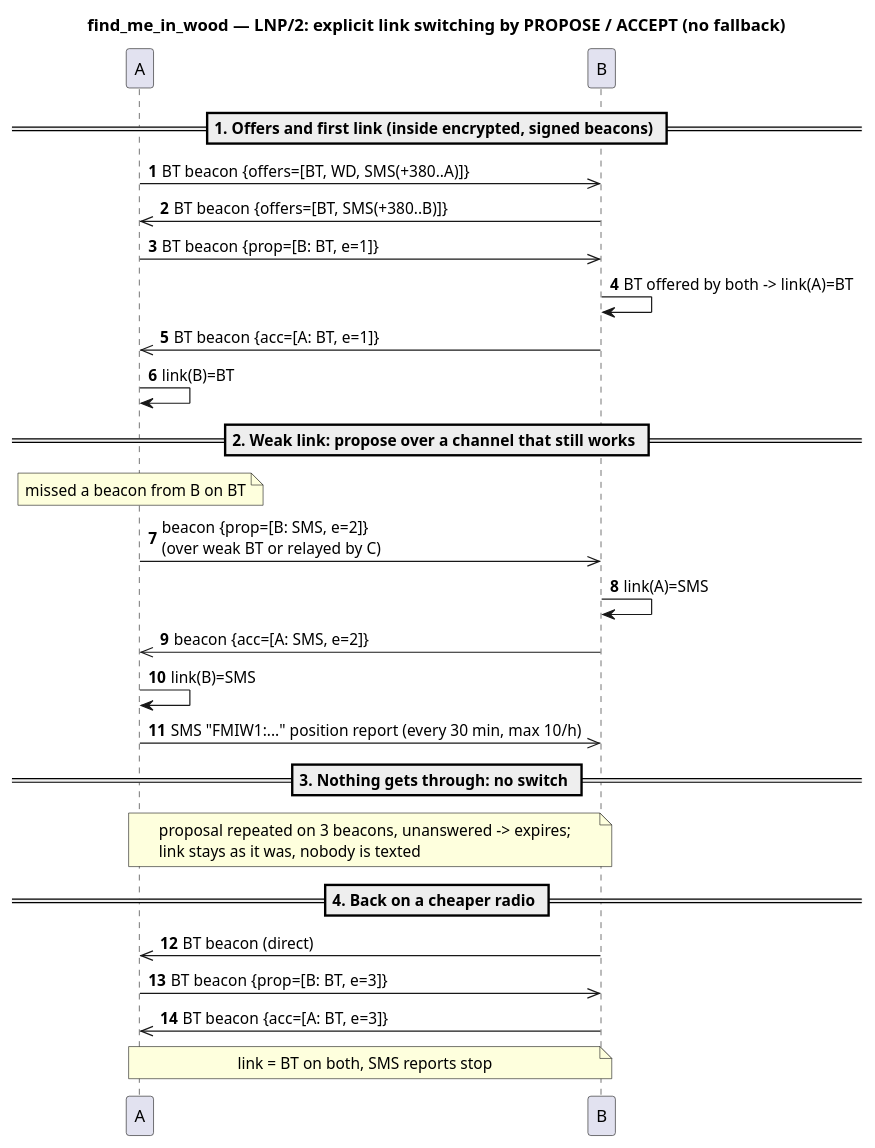
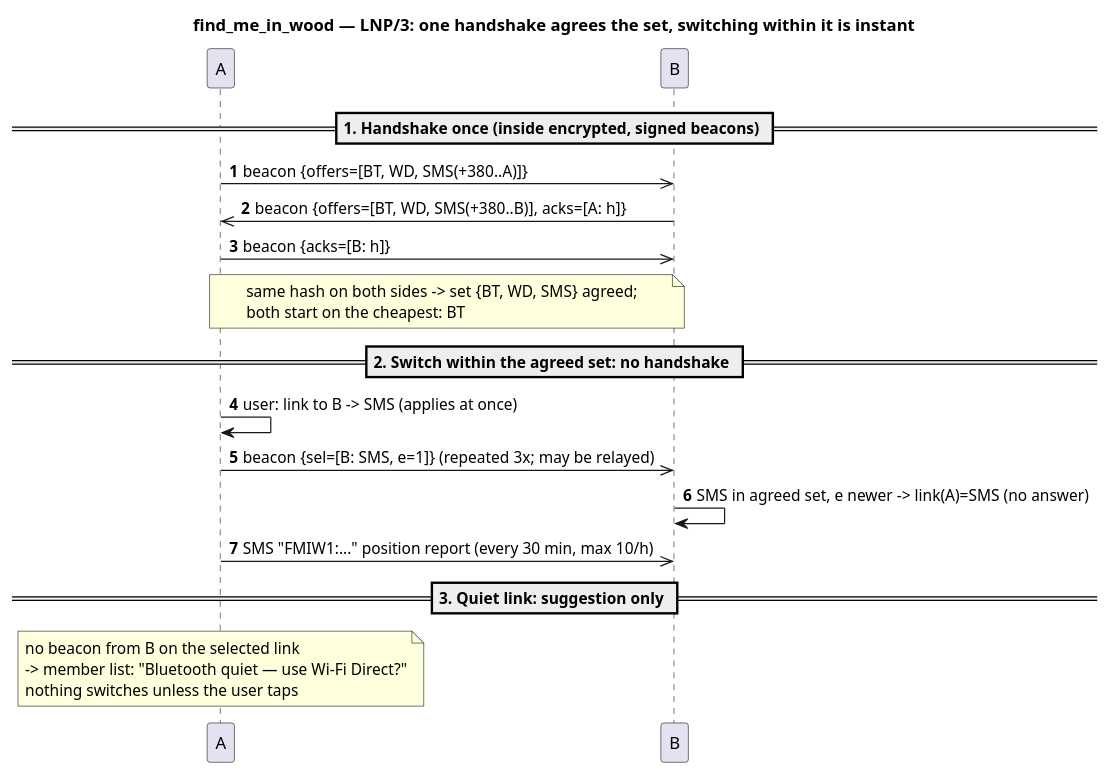
One commit to icegood/find_me_in_wood changed the diagram in specs/001-secure-network-gnss-beacons/edge-switch.wsd. Above: the diagram before and after it, drawn with PlantUML. The commit also changed 16 other files, not shown here.

First line of the commit message:
LNP/3: one handshake agrees the transport set, switching within it is instant

```diff
--- a/specs/001-secure-network-gnss-beacons/edge-switch.wsd
+++ b/specs/001-secure-network-gnss-beacons/edge-switch.wsd
@@ -1,31 +1,21 @@
 @startuml
-title find_me_in_wood — LNP/2: explicit link switching by PROPOSE / ACCEPT (no fallback)
+title find_me_in_wood — LNP/3: one handshake agrees the set, switching within it is instant
 autonumber
 participant "A" as A
 participant "B" as B
 
-== 1. Offers and first link (inside encrypted, signed beacons) ==
-A ->> B : BT beacon {offers=[BT, WD, SMS(+380..A)]}
-B ->> A : BT beacon {offers=[BT, SMS(+380..B)]}
-A ->> B : BT beacon {prop=[B: BT, e=1]}
-B -> B : BT offered by both -> link(A)=BT
-B ->> A : BT beacon {acc=[A: BT, e=1]}
-A -> A : link(B)=BT
+== 1. Handshake once (inside encrypted, signed beacons) ==
+A ->> B : beacon {offers=[BT, WD, SMS(+380..A)]}
+B ->> A : beacon {offers=[BT, WD, SMS(+380..B)], acks=[A: h]}
+A ->> B : beacon {acks=[B: h]}
+note over A, B : same hash on both sides -> set {BT, WD, SMS} agreed;\nboth start on the cheapest: BT
 
-== 2. Weak link: propose over a channel that still works ==
-note over A : missed a beacon from B on BT
-A ->> B : beacon {prop=[B: SMS, e=2]}\n(over weak BT or relayed by C)
-B -> B : link(A)=SMS
-B ->> A : beacon {acc=[A: SMS, e=2]}
-A -> A : link(B)=SMS
+== 2. Switch within the agreed set: no handshake ==
+A -> A : user: link to B -> SMS (applies at once)
+A ->> B : beacon {sel=[B: SMS, e=1]} (repeated 3x; may be relayed)
+B -> B : SMS in agreed set, e newer -> link(A)=SMS (no answer)
 A ->> B : SMS "FMIW1:..." position report (every 30 min, max 10/h)
 
-== 3. Nothing gets through: no switch ==
-note over A, B : proposal repeated on 3 beacons, unanswered -> expires;\nlink stays as it was, nobody is texted
-
-== 4. Back on a cheaper radio ==
-B ->> A : BT beacon (direct)
-A ->> B : BT beacon {prop=[B: BT, e=3]}
-B ->> A : BT beacon {acc=[A: BT, e=3]}
-note over A, B : link = BT on both, SMS reports stop
+== 3. Quiet link: suggestion only ==
+note over A : no beacon from B on the selected link\n-> member list: "Bluetooth quiet — use Wi-Fi Direct?"\nnothing switches unless the user taps
 @enduml
```
